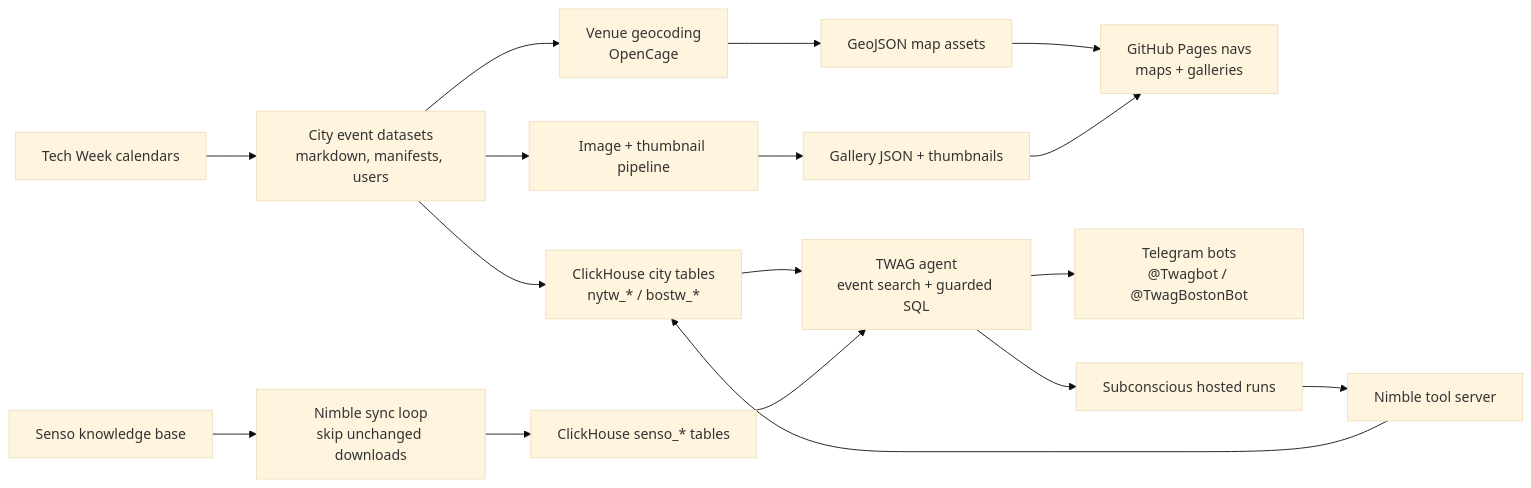
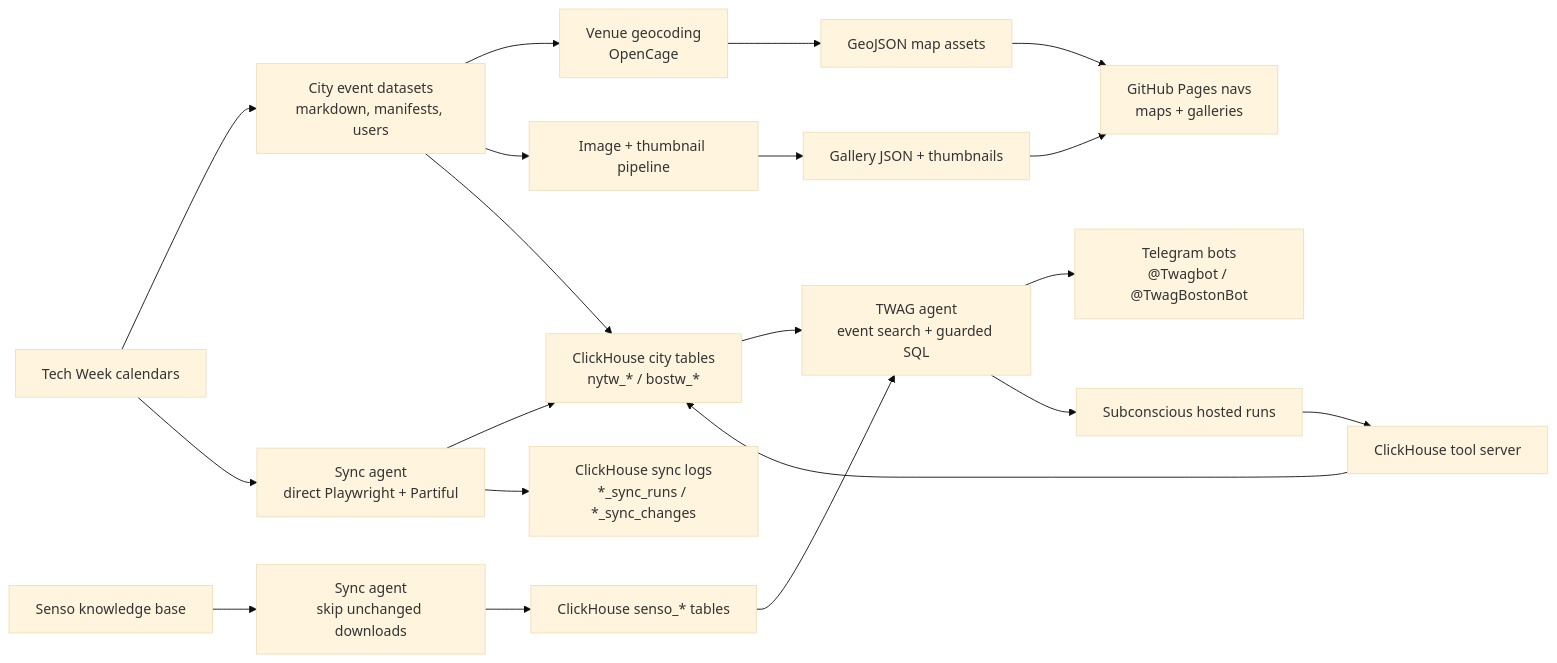
Before and after one commit to aleksj/twag: the diagram in README.md, drawn with Mermaid (base theme). The commit also changed other lines of this file and 15 other files, not shown here.

Commit message:
Add Tech Week sync agent calendar snapshots

````diff
--- a/README.md
+++ b/README.md
@@ -44,21 +44,24 @@
 ```mermaid
 flowchart LR
   A["Tech Week calendars"] --> B["City event datasets<br/>markdown, manifests, users"]
   B --> C["Venue geocoding<br/>OpenCage"]
   B --> D["Image + thumbnail pipeline"]
   C --> E["GeoJSON map assets"]
   D --> F["Gallery JSON + thumbnails"]
   E --> G["GitHub Pages navs<br/>maps + galleries"]
   F --> G
 
   B --> H["ClickHouse city tables<br/>nytw_* / bostw_*"]
-  I["Senso knowledge base"] --> J["Nimble sync loop<br/>skip unchanged downloads"]
+  I["Senso knowledge base"] --> J["Sync agent<br/>skip unchanged downloads"]
   J --> K["ClickHouse senso_* tables"]
+  A --> P["Sync agent<br/>direct Playwright + Partiful"]
+  P --> H
+  P --> Q["ClickHouse sync logs<br/>*_sync_runs / *_sync_changes"]
 
   H --> L["TWAG agent<br/>event search + guarded SQL"]
   K --> L
   L --> M["Telegram bots<br/>@Twagbot / @TwagBostonBot"]
   L --> N["Subconscious hosted runs"]
-  O["Nimble tool server"] --> H
+  O["ClickHouse tool server"] --> H
   N --> O
 ```
````
